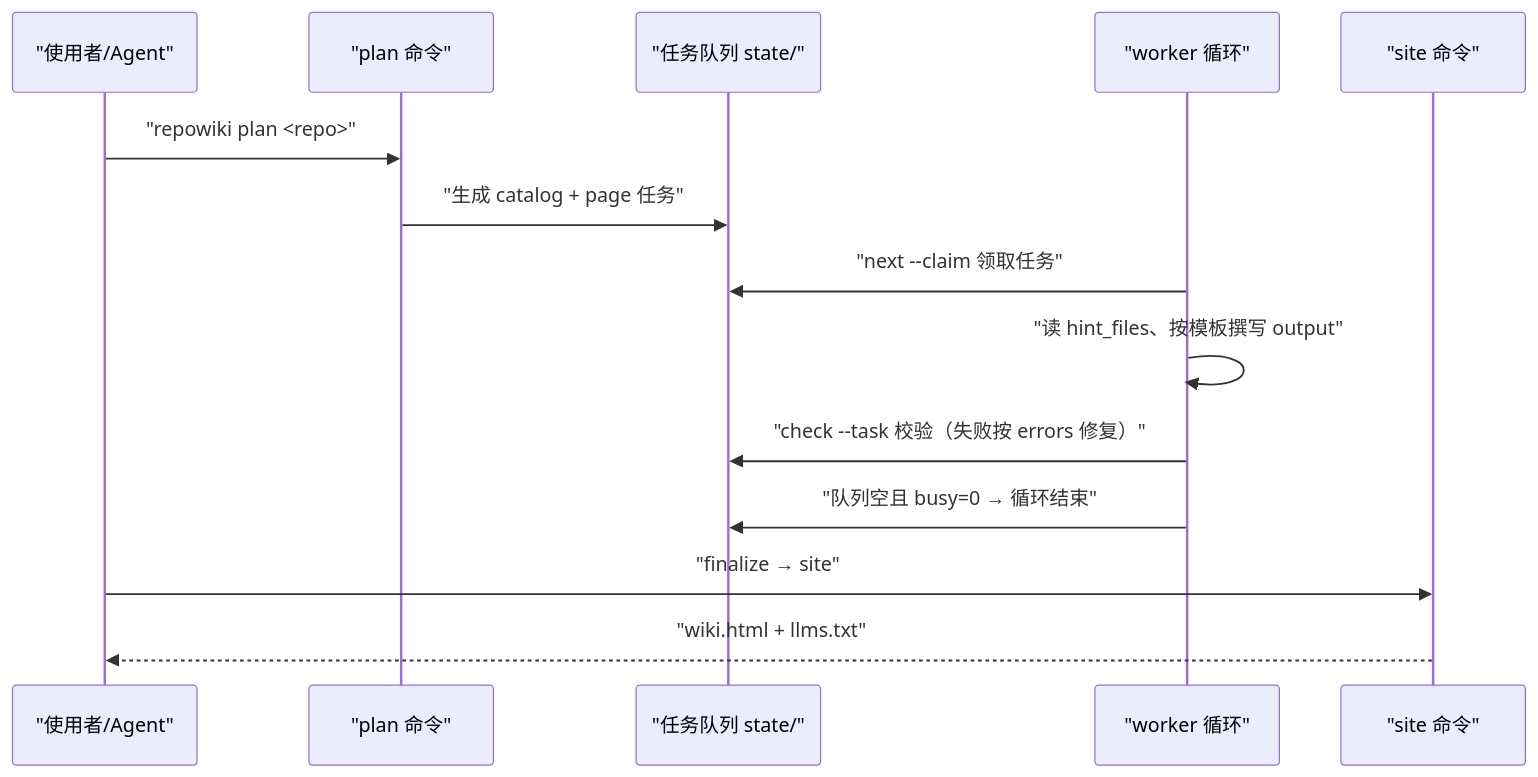
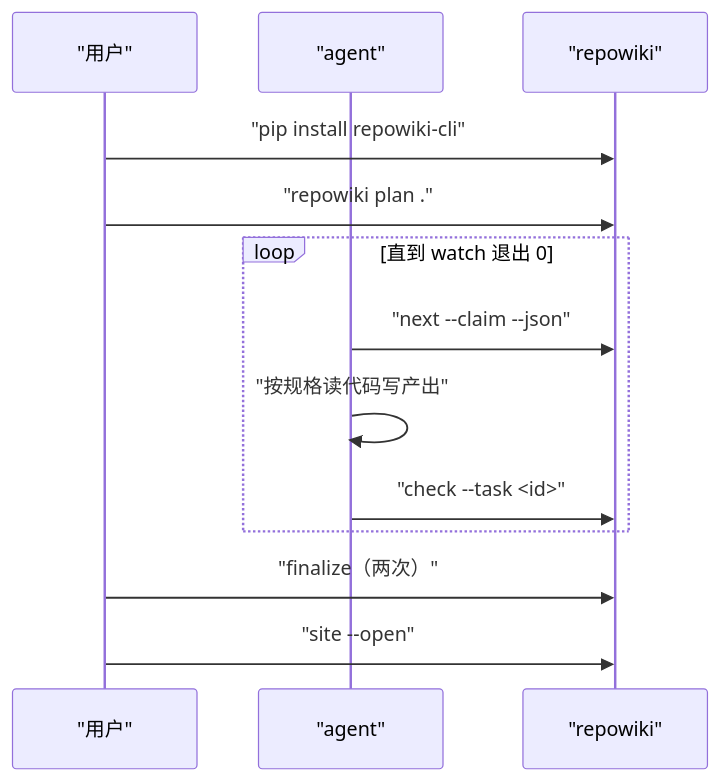
Before and after one commit to luomsis/repowiki: the first of 2 diagrams in .repowiki/zh/content/快速开始.md, drawn with Mermaid. The commit also changed other lines of this file and 100 other files, not shown here.

````diff
--- a/.repowiki/zh/content/快速开始.md
+++ b/.repowiki/zh/content/快速开始.md
@@ -90,16 +63,15 @@
 ```mermaid
 sequenceDiagram
-participant User as "使用者/Agent"
-participant Plan as "plan 命令"
-participant Queue as "任务队列 state/"
-participant Worker as "worker 循环"
-participant Site as "site 命令"
-User->>Plan : "repowiki plan <repo>"
-Plan->>Queue : "生成 catalog + page 任务"
-Worker->>Queue : "next --claim 领取任务"
-Worker->>Worker : "读 hint_files、按模板撰写 output"
-Worker->>Queue : "check --task 校验（失败按 errors 修复）"
-Worker->>Queue : "队列空且 busy=0 → 循环结束"
-User->>Site : "finalize → site"
-Site-->>User : "wiki.html + llms.txt"
+participant U as "用户"
+participant A as "agent"
+participant R as "repowiki"
+U->>R : "pip install repowiki-cli"
+U->>R : "repowiki plan ."
+loop 直到 watch 退出 0
+A->>R : "next --claim --json"
+A->>A : "按规格读代码写产出"
+A->>R : "check --task <id>"
+end
+U->>R : "finalize（两次）"
+U->>R : "site --open"
 ```
````
